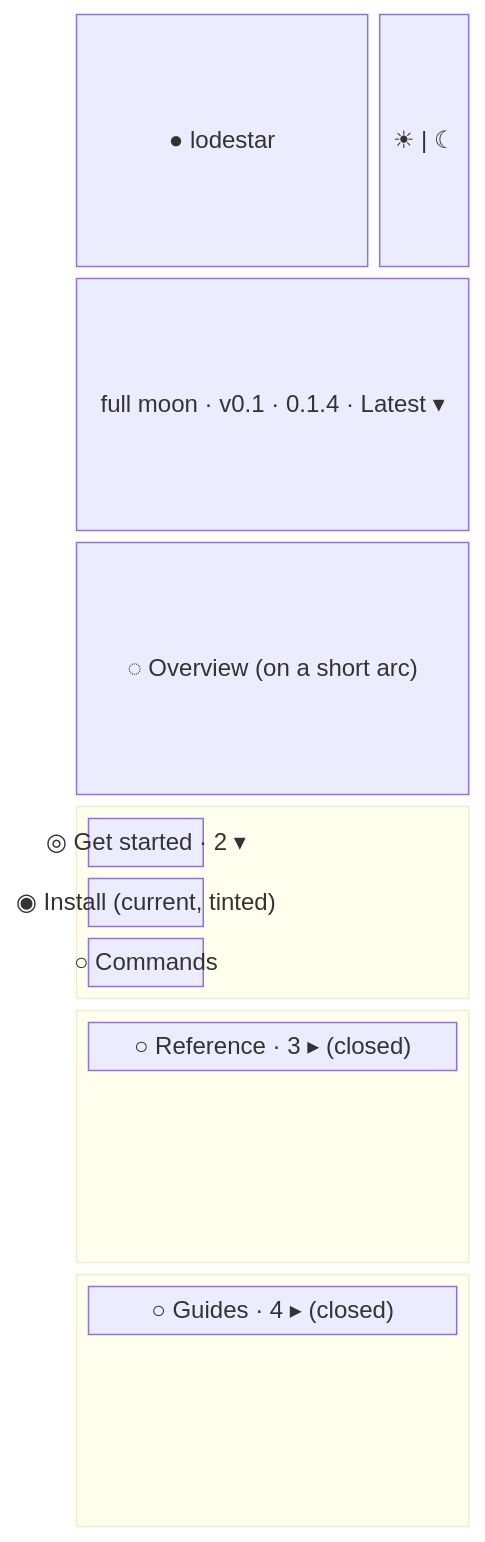
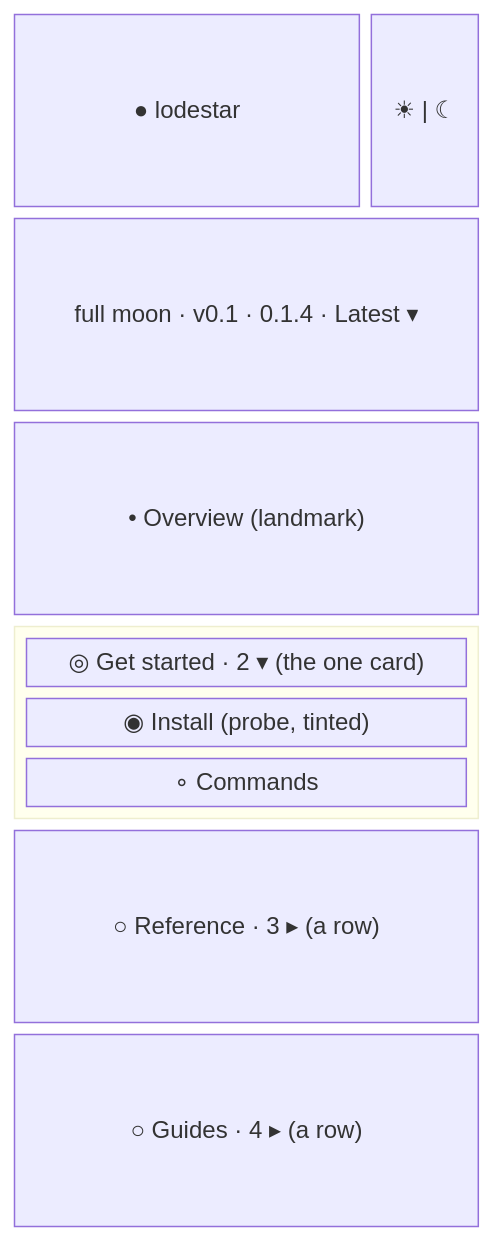
Before and after one commit to nepal-dev-com/docs.nepal-dev.com: the second of 7 diagrams in content/docs/maintain/app-flow/docs-sidebars.mdx, drawn with Mermaid. The commit also changed other lines of this file and 85 other files, not shown here.

````diff
--- a/content/docs/maintain/app-flow/docs-sidebars.mdx
+++ b/content/docs/maintain/app-flow/docs-sidebars.mdx
@@ -61,21 +62,15 @@
 ```mermaid
 block-beta
   columns 4
   chip["● lodestar"]:3 sw["☀ | ☾"]:1
   moon["full moon · v0.1 · 0.1.4 · Latest ▾"]:4
-  top["◌ Overview (on a short arc)"]:4
-  block:s1:4
+  top["• Overview (landmark)"]:4
+  block:card:4
     columns 4
-    h1["◎ Get started · 2 ▾"]:4
-    p1["  ◉ Install (current, tinted)"]:4
-    p2[" ○ Commands"]:4
+    h1["◎ Get started · 2 ▾ (the one card)"]:4
+    p1["  ◉ Install (probe, tinted)"]:4
+    p2[" ∘ Commands"]:4
   end
-  block:s2:4
-    columns 4
-    h2["○ Reference · 3 ▸ (closed)"]:4
-  end
-  block:s3:4
-    columns 4
-    h3["○ Guides · 4 ▸ (closed)"]:4
-  end
+  h2["○ Reference · 3 ▸ (a row)"]:4
+  h3["○ Guides · 4 ▸ (a row)"]:4
 ```
````
